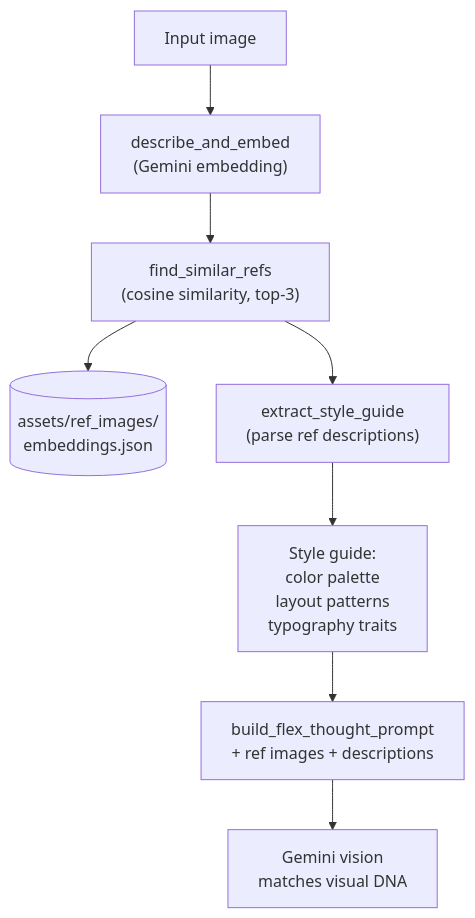
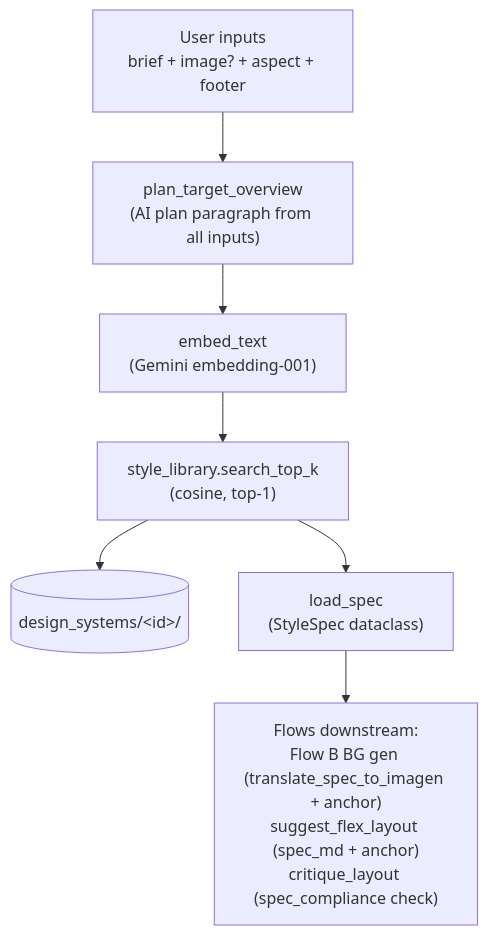
Before and after one commit to Chulinuwu/gen-image-layer-separator: the seventh of 7 diagrams in architecture.md, drawn with Mermaid. The commit also changed other lines of this file, not shown here.

Commit message:
docs(arch): update architecture.md -- Step 0 StyleSpec pipeline replaces ref_image_search

````diff
--- a/architecture.md
+++ b/architecture.md
@@ -541,10 +553,9 @@
 ```mermaid
 graph TB
-  Img["Input image"] --> Emb["describe_and_embed<br/>(Gemini embedding)"]
-  Emb --> Search["find_similar_refs<br/>(cosine similarity, top-3)"]
-  Search --> RefDB[("assets/ref_images/<br/>embeddings.json")]
-  Search --> Extract["extract_style_guide<br/>(parse ref descriptions)"]
-  Extract --> Guide["Style guide:<br/>color palette<br/>layout patterns<br/>typography traits"]
-  Guide --> FlexPrompt["build_flex_thought_prompt<br/>+ ref images + descriptions"]
-  FlexPrompt --> AI["Gemini vision<br/>matches visual DNA"]
+  Inputs["User inputs<br/>brief + image? + aspect + footer"] --> Plan["plan_target_overview<br/>(AI plan paragraph from all inputs)"]
+  Plan --> Emb["embed_text<br/>(Gemini embedding-001)"]
+  Emb --> Search["style_library.search_top_k<br/>(cosine, top-1)"]
+  Search --> Lib[("design_systems/&lt;id&gt;/")]
+  Search --> Load["load_spec<br/>(StyleSpec dataclass)"]
+  Load --> Downstream["Flows downstream:<br/>Flow B BG gen (translate_spec_to_imagen + anchor)<br/>suggest_flex_layout (spec_md + anchor)<br/>critique_layout (spec_compliance check)"]
 ```
````
